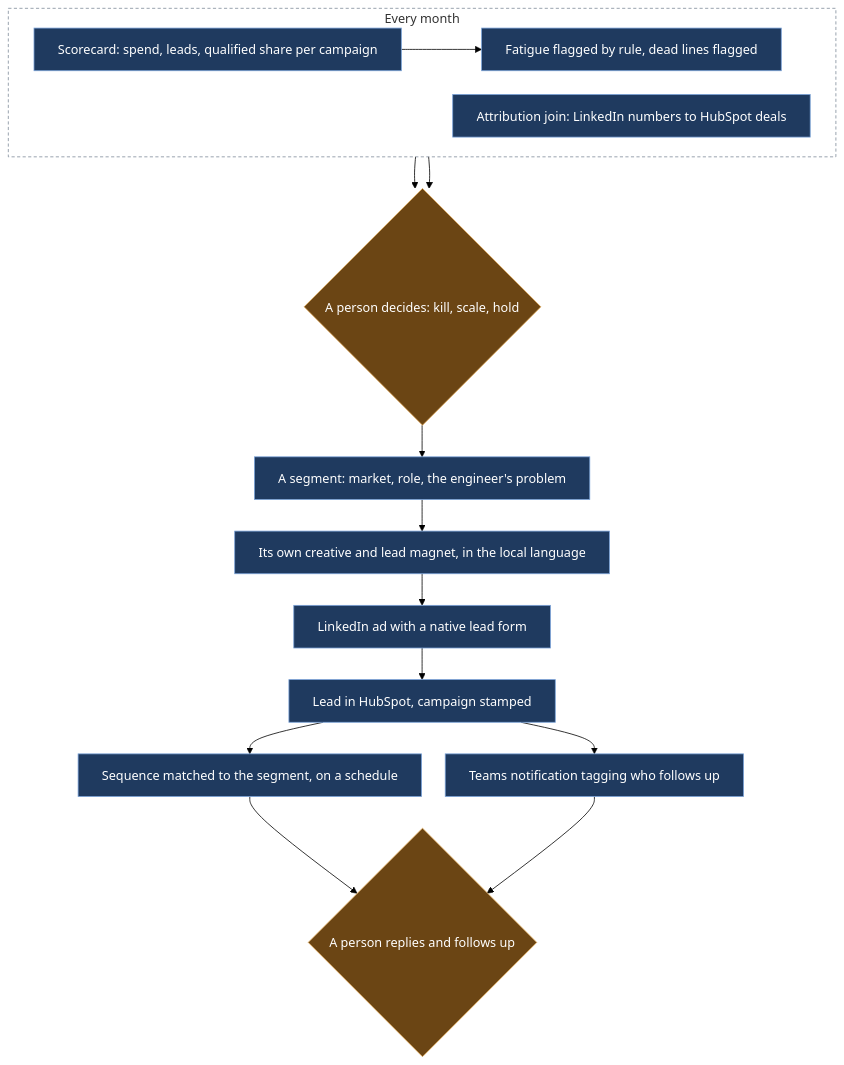
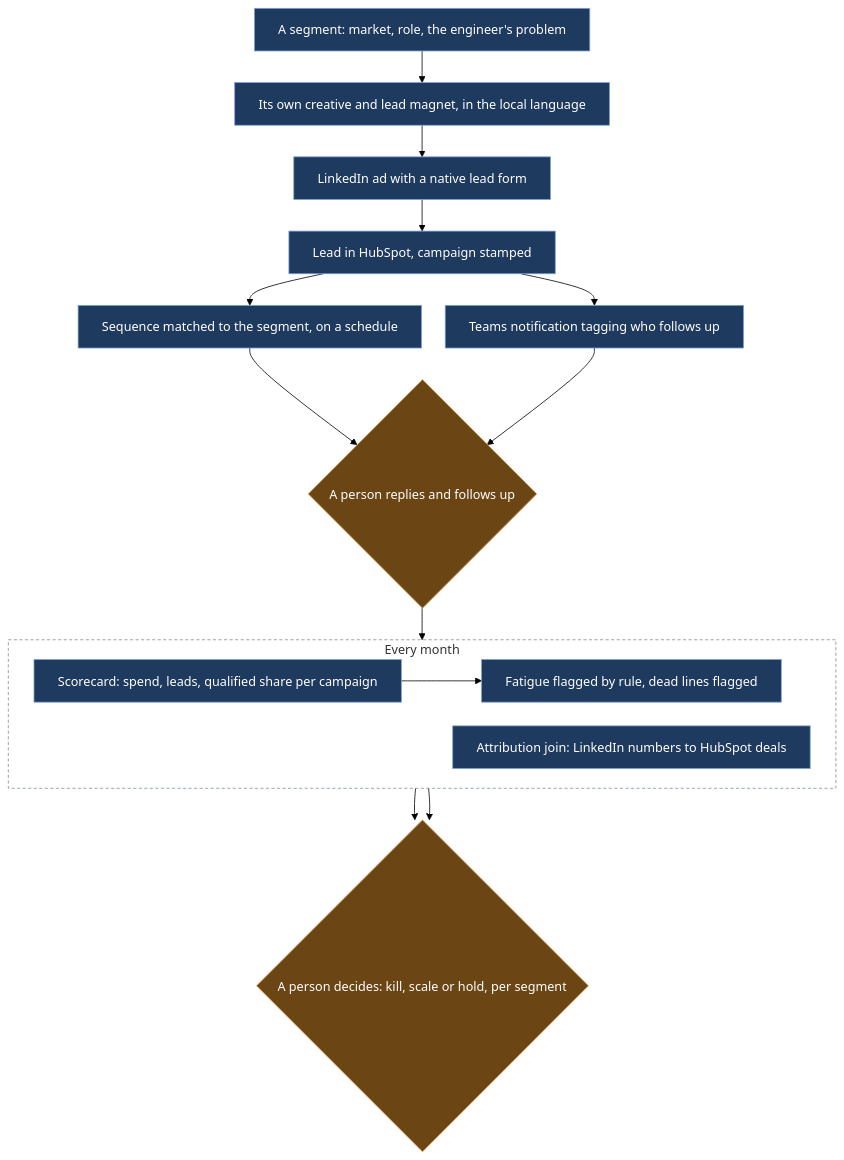
One commit to nunomnferreirapt/ai-operated-growth-engine changed the diagram in evidence/case-studies/02-paid-media-that-ends-in-a-human-follow-up.md. Above: the diagram before and after it, drawn with Mermaid (forest theme). The commit also changed 1 other file, not shown here.

Commit message:
Chapters 2 and 3: monthly loop drawn under the segment chain, shorter decision labels
Claude-Session: https://claude.ai/code/session_013vAMTruojjzTuNGSxvVixS

````diff
--- a/evidence/case-studies/02-paid-media-that-ends-in-a-human-follow-up.md
+++ b/evidence/case-studies/02-paid-media-that-ends-in-a-human-follow-up.md
@@ -11,23 +11,23 @@
 ```mermaid
 %%{init: {"flowchart": {"wrappingWidth": 600, "nodeSpacing": 30, "rankSpacing": 40}}}%%
 flowchart TB
     SEG["A segment: market, role, the engineer's problem"]:::sys --> CR["Its own creative and lead magnet, in the local language"]:::sys
     CR --> AD["LinkedIn ad with a native lead form"]:::sys
     AD --> HS["Lead in HubSpot, campaign stamped"]:::sys
     HS --> SQ["Sequence matched to the segment, on a schedule"]:::sys
     HS --> TT["Teams notification tagging who follows up"]:::sys
     SQ --> P{"A person replies and follows up"}:::human
     TT --> P
+    P --> SC
     subgraph M["Every month"]
         direction LR
         SC["Scorecard: spend, leads, qualified share per campaign"]:::sys --> FA["Fatigue flagged by rule, dead lines flagged"]:::sys
         AJ["Attribution join: LinkedIn numbers to HubSpot deals"]:::sys
     end
-    FA --> B{"A person decides: kill, scale, hold"}:::human
+    FA --> B{"A person decides: kill, scale or hold, per segment"}:::human
     AJ --> B
-    B --> SEG
     classDef sys fill:#1f3a5f,stroke:#7aa2d8,color:#ffffff
     classDef human fill:#6b4514,stroke:#e0a95a,color:#ffffff
     classDef out fill:#1e4d3a,stroke:#6fcf97,color:#ffffff
     style M fill:transparent,stroke:#7f8c9a,stroke-dasharray:4 3
 ```
````
